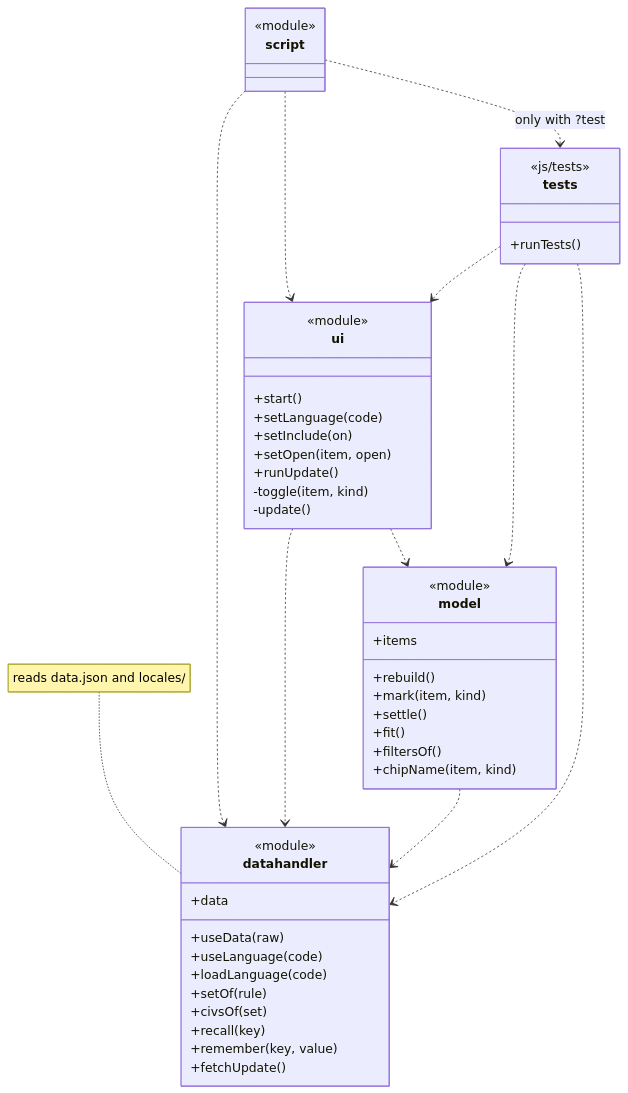
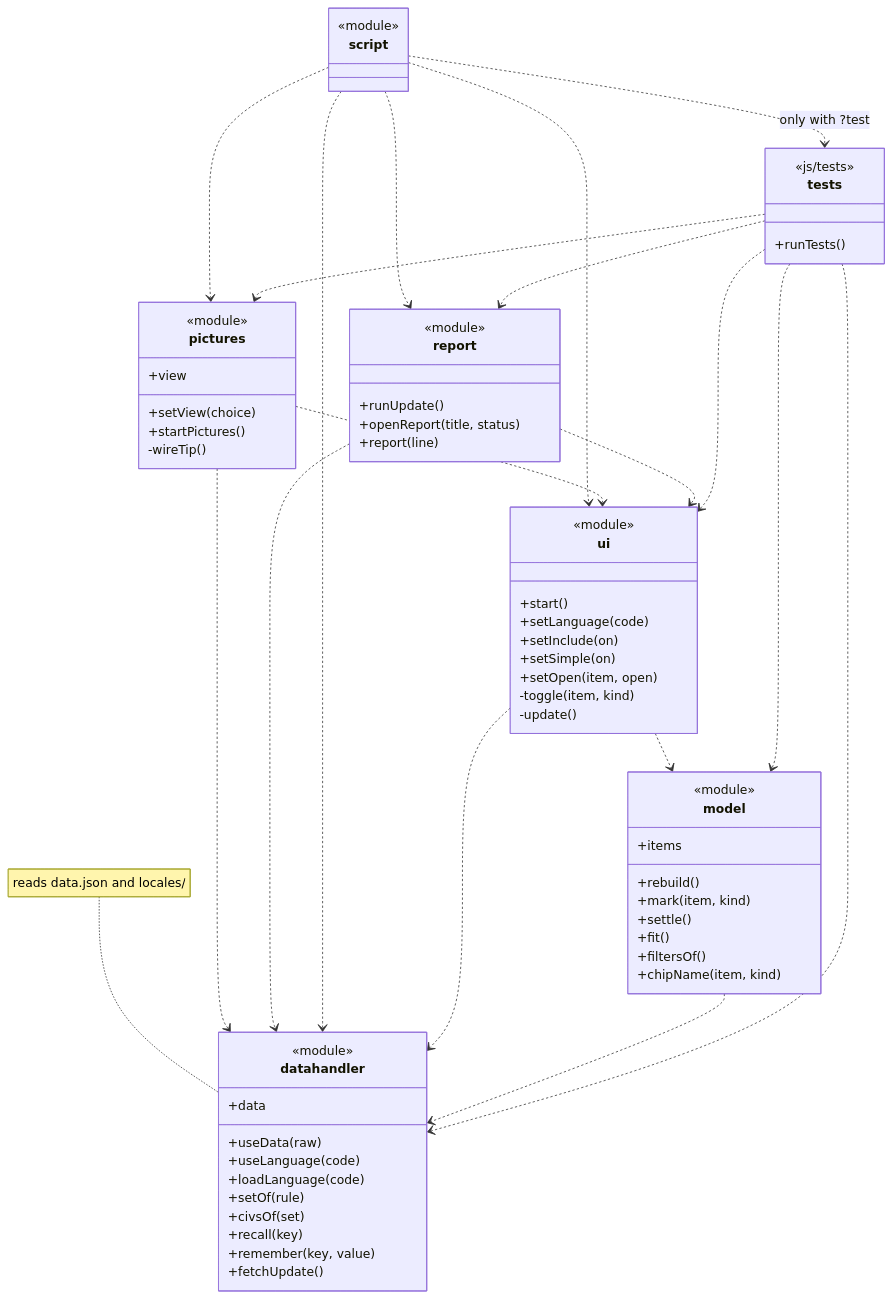
Before and after one commit to cnordenb/aoe2civexplorer: the diagram in documentation/MAINTAINER.md, drawn with Mermaid. The commit also changed other lines of this file and 122 other files, not shown here.

````diff
--- a/documentation/MAINTAINER.md
+++ b/documentation/MAINTAINER.md
@@ -275,53 +578,74 @@
 ```mermaid
 classDiagram
   direction TB
   class script {
     <<module>>
   }
   class ui {
     <<module>>
     +start()
     +setLanguage(code)
     +setInclude(on)
+    +setSimple(on)
     +setOpen(item, open)
-    +runUpdate()
     -toggle(item, kind)
     -update()
   }
   class model {
     <<module>>
     +items
     +rebuild()
     +mark(item, kind)
     +settle()
     +fit()
     +filtersOf()
     +chipName(item, kind)
   }
   class datahandler {
     <<module>>
     +data
     +useData(raw)
     +useLanguage(code)
     +loadLanguage(code)
     +setOf(rule)
     +civsOf(set)
     +recall(key)
     +remember(key, value)
     +fetchUpdate()
   }
   class tests {
     <<js/tests>>
     +runTests()
   }
+  class pictures {
+    <<module>>
+    +view
+    +setView(choice)
+    +startPictures()
+    -wireTip()
+  }
+  class report {
+    <<module>>
+    +runUpdate()
+    +openReport(title, status)
+    +report(line)
+  }
   script ..> ui
+  script ..> report
+  script ..> pictures
+  pictures ..> ui
+  pictures ..> datahandler
+  report ..> ui
+  report ..> datahandler
   script ..> datahandler
   script ..> tests : only with ?test
   ui ..> model
   ui ..> datahandler
   model ..> datahandler
   tests ..> ui
+  tests ..> report
+  tests ..> pictures
   tests ..> model
   tests ..> datahandler
   note for datahandler "reads data.json and locales/"
 ```
````
